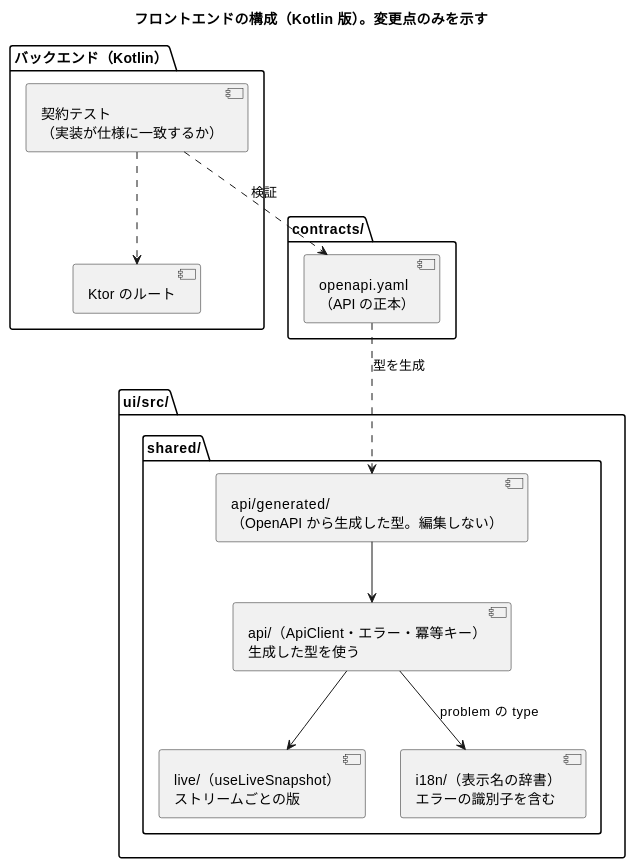
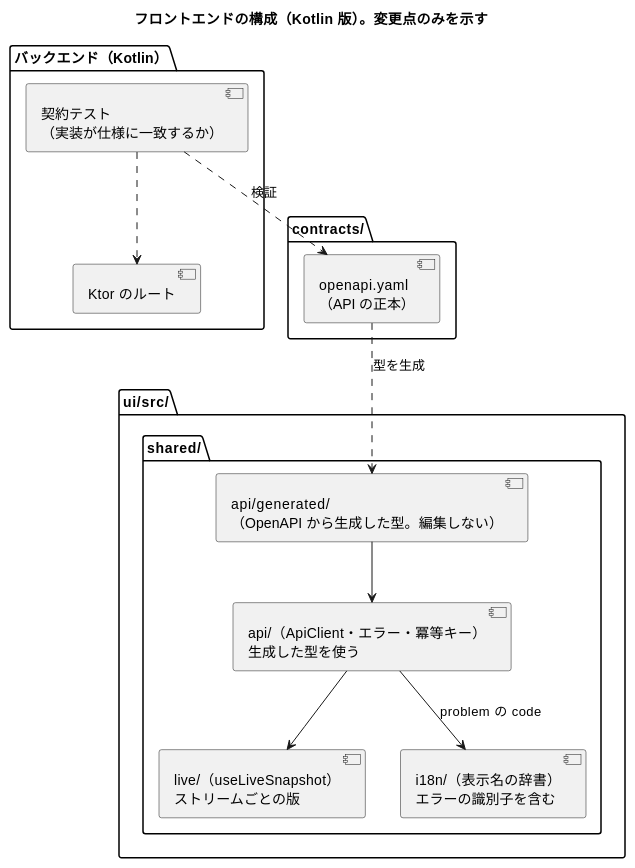
The first of 3 diagrams in docs/design/beer-game-kotlin/architecture-frontend.md (k2works/case-study-beer-game-simulation), drawn with PlantUML before and after one commit. The commit also changed other lines of this file and 10 other files, not shown here.

````diff
--- a/docs/design/beer-game-kotlin/architecture-frontend.md
+++ b/docs/design/beer-game-kotlin/architecture-frontend.md
@@ -50,30 +50,30 @@
 ```plantuml
 @startuml
 title フロントエンドの構成（Kotlin 版）。変更点のみを示す
 
 package "ui/src/" {
   package "shared/" {
     [api/generated/\n（OpenAPI から生成した型。編集しない）] as Gen
     [api/（ApiClient・エラー・冪等キー）\n生成した型を使う] as Api
     [live/（useLiveSnapshot）\nストリームごとの版] as Live
     [i18n/（表示名の辞書）\nエラーの識別子を含む] as Labels
   }
 }
 
 package "contracts/" {
   [openapi.yaml\n（API の正本）] as Spec
 }
 
 package "バックエンド（Kotlin）" {
   [Ktor のルート] as Routes
   [契約テスト\n（実装が仕様に一致するか）] as Contract
 }
 
 Spec ..> Gen : 型を生成
 Gen --> Api
 Api --> Live
-Api --> Labels : problem の type
+Api --> Labels : problem の code
 Contract ..> Spec : 検証
 Contract ..> Routes
 @enduml
 ```
````
